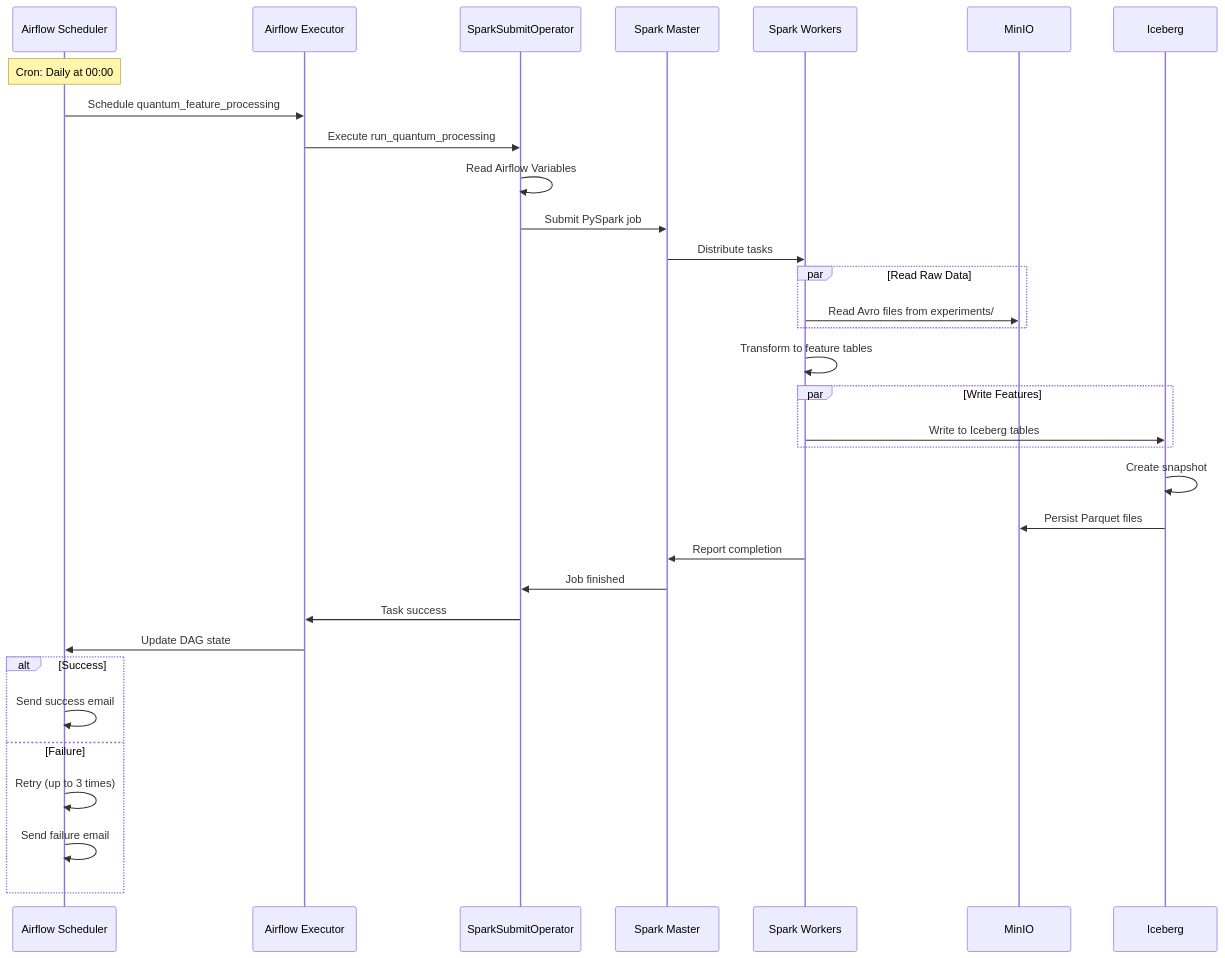
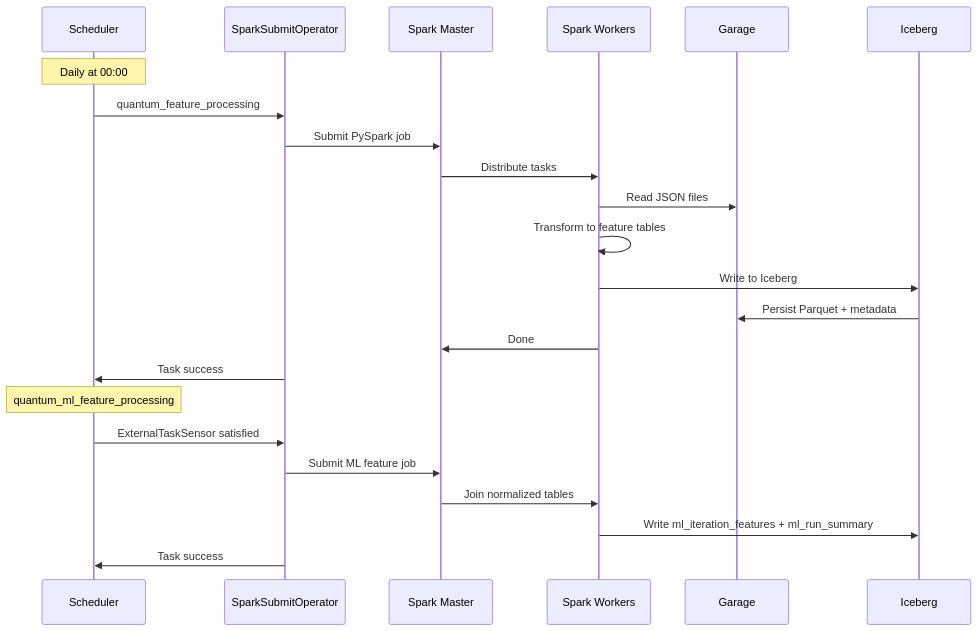
One commit to straightchlorine/quantum-pipeline changed the sixth of 7 diagrams in docs/architecture/system-design.md. Above: the diagram before and after it, drawn with Mermaid. The commit also changed other lines of this file and 146 other files, not shown here.

````diff
--- a/docs/architecture/system-design.md
+++ b/docs/architecture/system-design.md
@@ -634,44 +256,30 @@
 ```mermaid
 sequenceDiagram
-    participant S as Airflow Scheduler
-    participant E as Airflow Executor
+    participant S as Scheduler
     participant SSO as SparkSubmitOperator
     participant SM as Spark Master
     participant SW as Spark Workers
-    participant M as MinIO
+    participant G as Garage
     participant I as Iceberg
 
-    Note over S: Cron: Daily at 00:00
-    S->>E: Schedule quantum_feature_processing
-    E->>SSO: Execute run_quantum_processing
+    Note over S: Daily at 00:00
+    S->>SSO: quantum_feature_processing
 
-    SSO->>SSO: Read Airflow Variables
     SSO->>SM: Submit PySpark job
-
     SM->>SW: Distribute tasks
 
-    par Read Raw Data
-        SW->>M: Read Avro files from experiments/
-    end
+    SW->>G: Read JSON files
+    SW->>SW: Transform to feature tables
+    SW->>I: Write to Iceberg
+    I->>G: Persist Parquet + metadata
 
-    SW->>SW: Transform to feature tables
+    SW->>SM: Done
+    SSO->>S: Task success
 
-    par Write Features
-        SW->>I: Write to Iceberg tables
-    end
-
-    I->>I: Create snapshot
-    I->>M: Persist Parquet files
-
-    SW->>SM: Report completion
-    SM->>SSO: Job finished
-    SSO->>E: Task success
-    E->>S: Update DAG state
-
-    alt Success
-        S->>S: Send success email
-    else Failure
-        S->>S: Retry (up to 3 times)
-        S->>S: Send failure email
-    end
+    Note over S: quantum_ml_feature_processing
+    S->>SSO: ExternalTaskSensor satisfied
+    SSO->>SM: Submit ML feature job
+    SM->>SW: Join normalized tables
+    SW->>I: Write ml_iteration_features + ml_run_summary
+    SSO->>S: Task success
 ```
````
